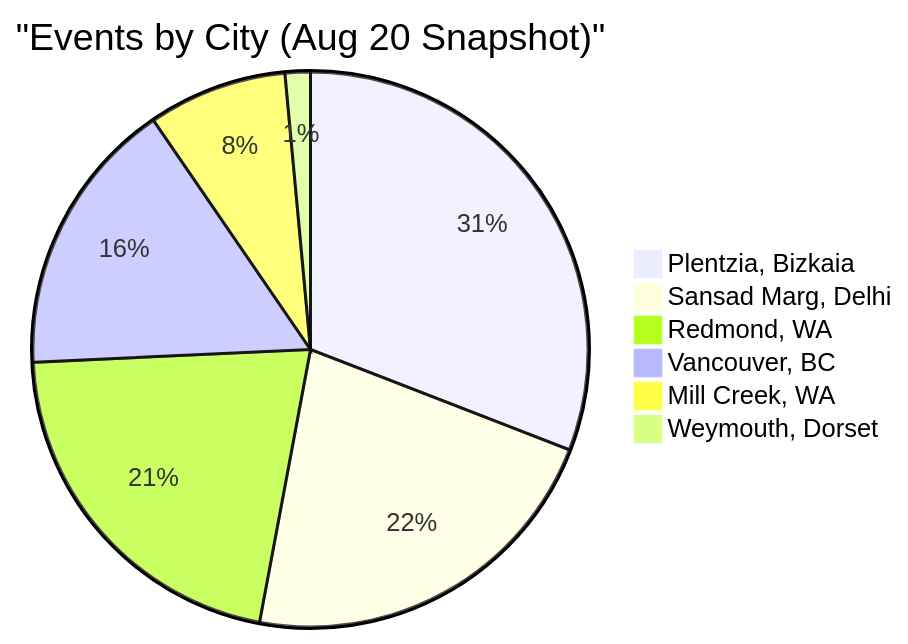
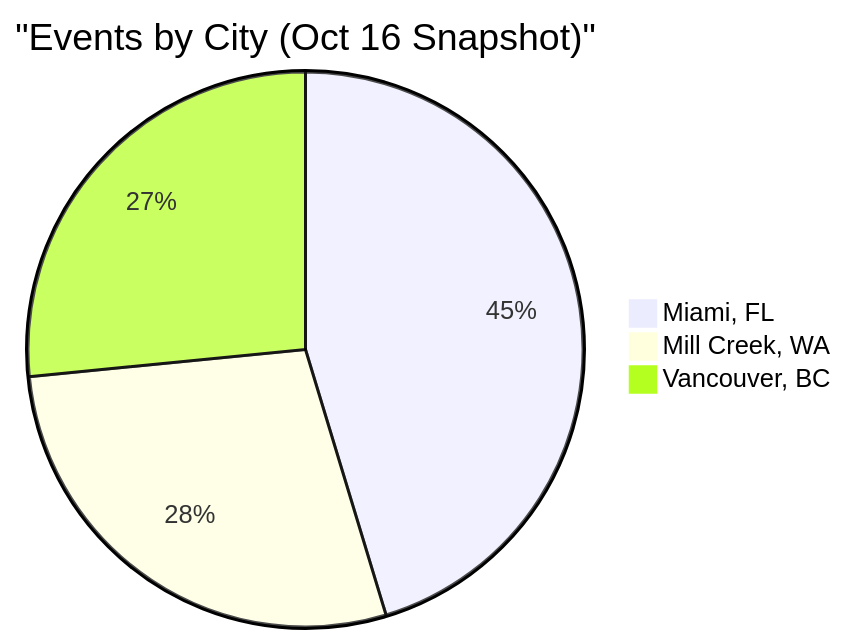
The second of 3 diagrams in docs/telemetry/usage_analytics.md (thrustCoder/gamer-uncle), drawn with Mermaid before and after one commit. The commit also changed other lines of this file and 13 other files, not shown here.

First line of the commit message:
v4.0.7 - Update usage analytics with Sep 20 – Oct 3 snapshot (#164)

````diff
--- a/docs/telemetry/usage_analytics.md
+++ b/docs/telemetry/usage_analytics.md
@@ -66,9 +62,6 @@
 ```mermaid
-pie title "Events by City (Aug 20 Snapshot)"
-    "Plentzia, Bizkaia" : 42
-    "Sansad Marg, Delhi" : 30
-    "Redmond, WA" : 29
-    "Vancouver, BC" : 22
-    "Mill Creek, WA" : 11
-    "Weymouth, Dorset" : 2
+pie title "Events by City (Oct 16 Snapshot)"
+    "Miami, FL" : 29
+    "Mill Creek, WA" : 18
+    "Vancouver, BC" : 17
 ```
````
